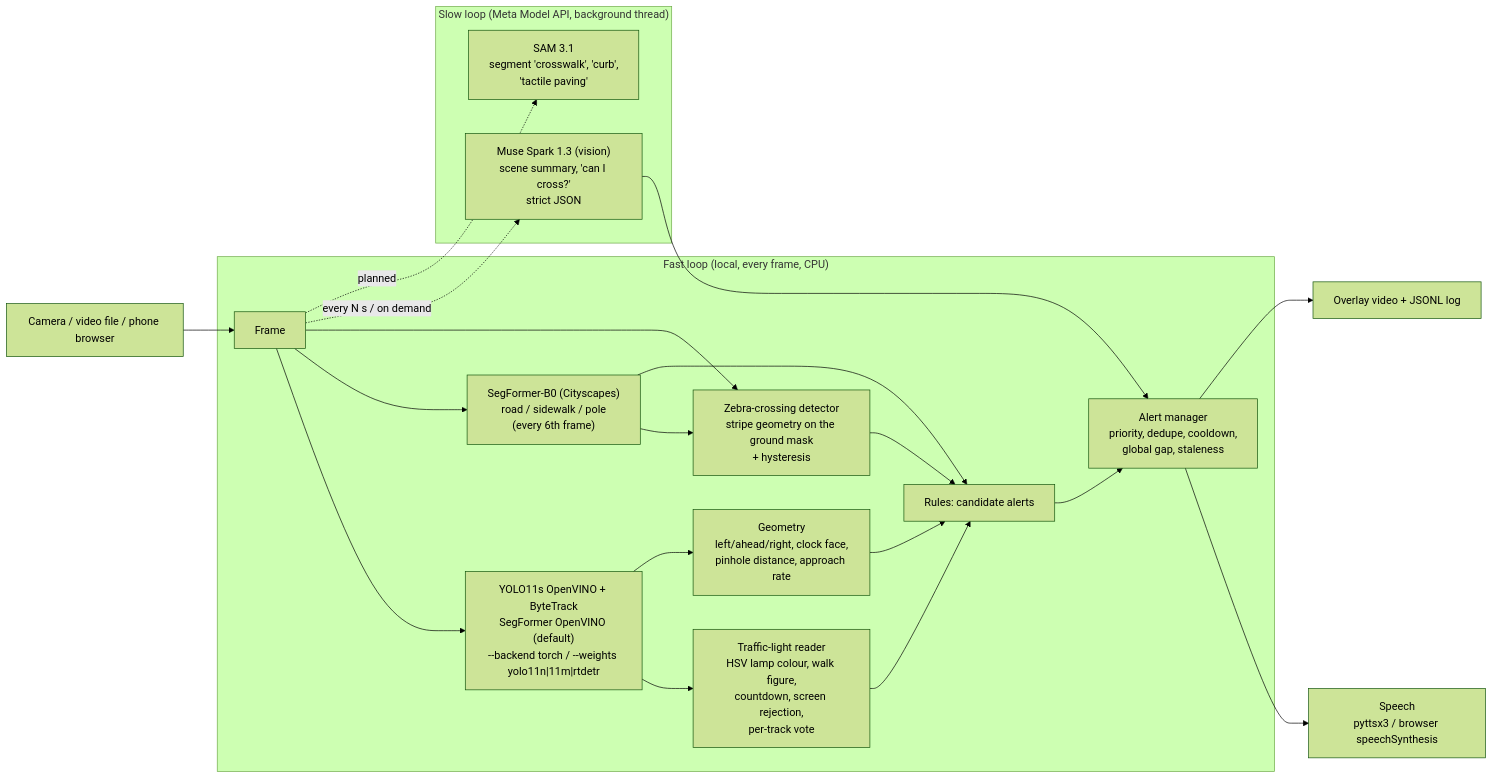
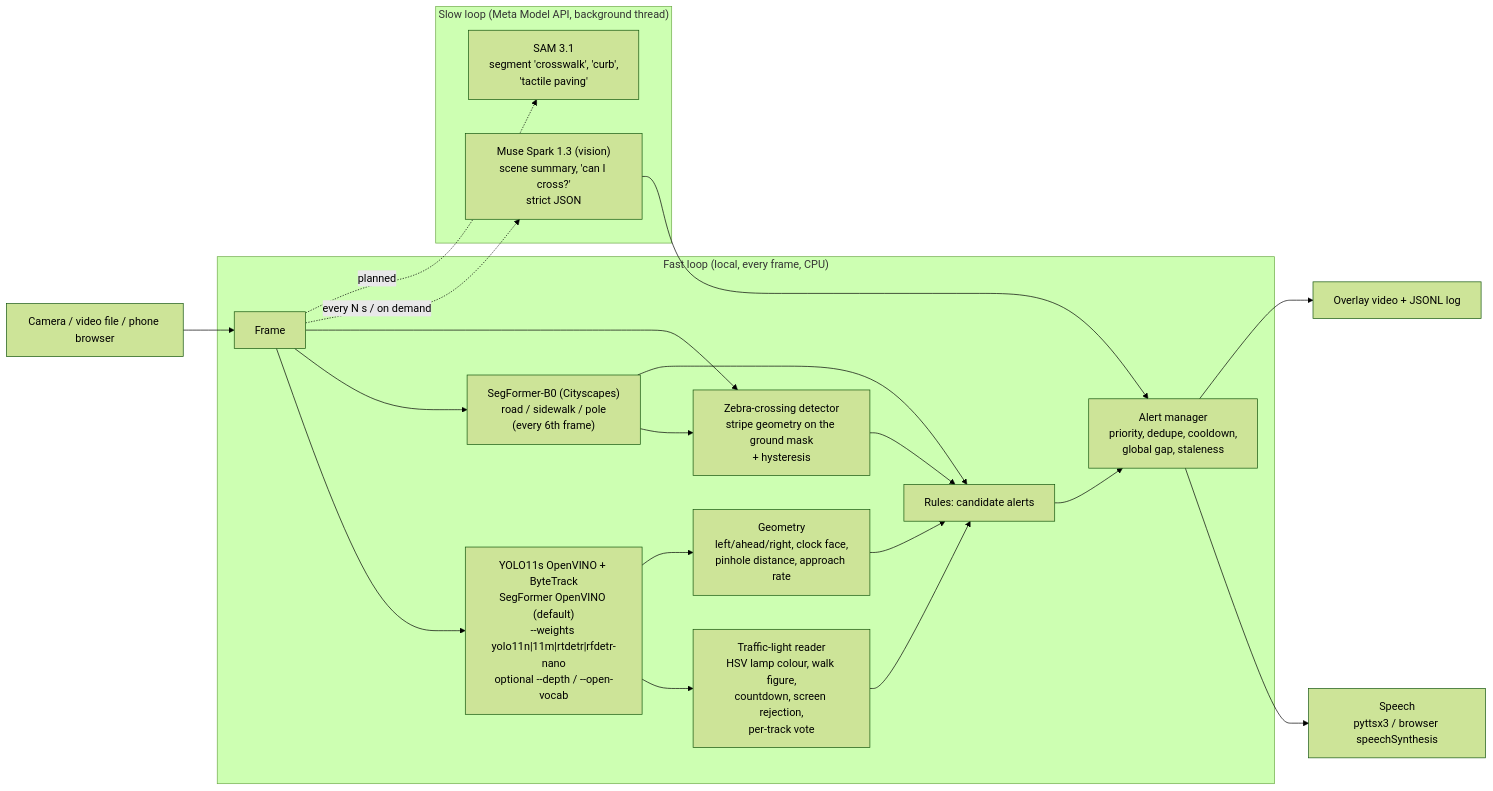
One commit to Alexeiguch/streetsense changed the diagram in README.md. Above: the diagram before and after it, drawn with Mermaid (forest theme). The commit also changed other lines of this file and 28 other files, not shown here.

First line of the commit message:
Add optional depth (DA-V2 Small OV), RF-DETR COCO-91 path, hazard clips

````diff
--- a/README.md
+++ b/README.md
@@ -14,24 +14,24 @@
 ```mermaid
 flowchart LR
     CAM[Camera / video file / phone browser] --> F[Frame]
     subgraph FAST["Fast loop (local, every frame, CPU)"]
-        F --> YOLO["YOLO11s OpenVINO + ByteTrack<br/>SegFormer OpenVINO (default)<br/>--backend torch / --weights yolo11n|11m|rtdetr"]
+        F --> YOLO["YOLO11s OpenVINO + ByteTrack<br/>SegFormer OpenVINO (default)<br/>--weights yolo11n|11m|rtdetr|rfdetr-nano<br/>optional --depth / --open-vocab"]
         F --> SEG["SegFormer-B0 (Cityscapes)<br/>road / sidewalk / pole<br/>(every 6th frame)"]
         YOLO --> TL["Traffic-light reader<br/>HSV lamp colour, walk figure,<br/>countdown, screen rejection,<br/>per-track vote"]
         SEG --> CW["Zebra-crossing detector<br/>stripe geometry on the ground mask<br/>+ hysteresis"]
         F --> CW
         YOLO --> GEO["Geometry<br/>left/ahead/right, clock face,<br/>pinhole distance, approach rate"]
         TL --> RULES[Rules: candidate alerts]
         CW --> RULES
         GEO --> RULES
         SEG --> RULES
         RULES --> AM["Alert manager<br/>priority, dedupe, cooldown,<br/>global gap, staleness"]
     end
     subgraph SLOW["Slow loop (Meta Model API, background thread)"]
         F -. every N s / on demand .-> MS["Muse Spark 1.3 (vision)<br/>scene summary, 'can I cross?'<br/>strict JSON"]
         F -. planned .-> SAM["SAM 3.1<br/>segment 'crosswalk', 'curb',<br/>'tactile paving'"]
     end
     AM --> TTS["Speech<br/>pyttsx3 / browser speechSynthesis"]
     MS --> AM
     AM --> OV[Overlay video + JSONL log]
 ```
````
